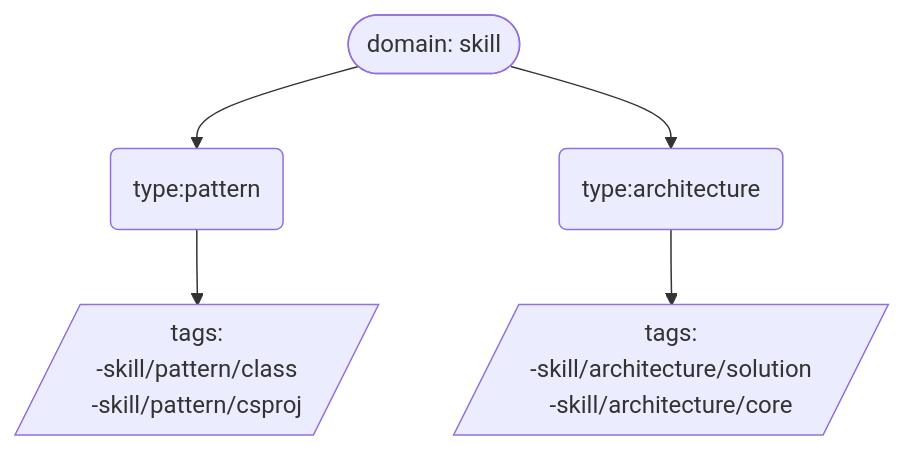
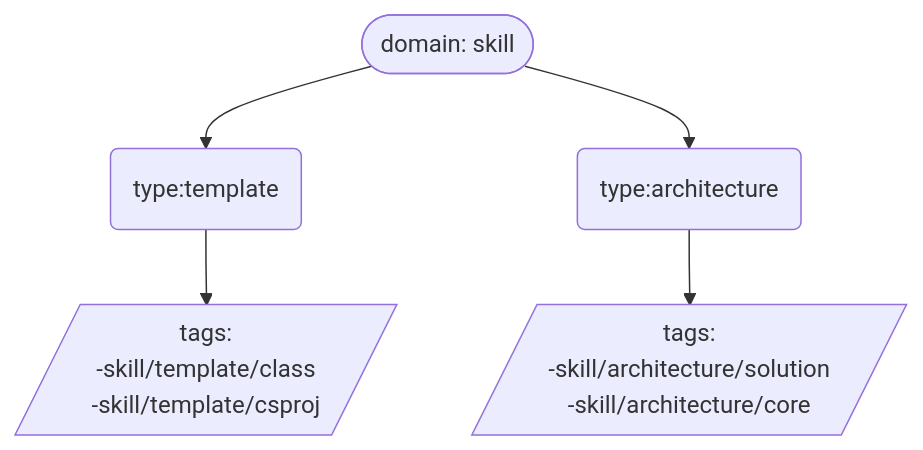
Before and after one commit to InsonusK/ai-skills: the diagram in how to use/Skill type map.md, drawn with Mermaid. The commit also changed other lines of this file and 5 other files, not shown here.

````diff
--- a/how to use/Skill type map.md
+++ b/how to use/Skill type map.md
@@ -3,18 +3,18 @@
 ```mermaid
 flowchart TD
 D_skill([domain: skill])
-D_skill --> T_P(type:pattern)
+D_skill --> T_P(type:template)
 D_skill --> T_A(type:architecture)
 
 T_P --> T_P_tags[/
 tags:
--skill/pattern/class
--skill/pattern/csproj
+-skill/template/class
+-skill/template/csproj
 /]
 
 T_A --> T_A_tags[/
 tags: 
 -skill/architecture/solution
 -skill/architecture/core
 /]
 ```
````
